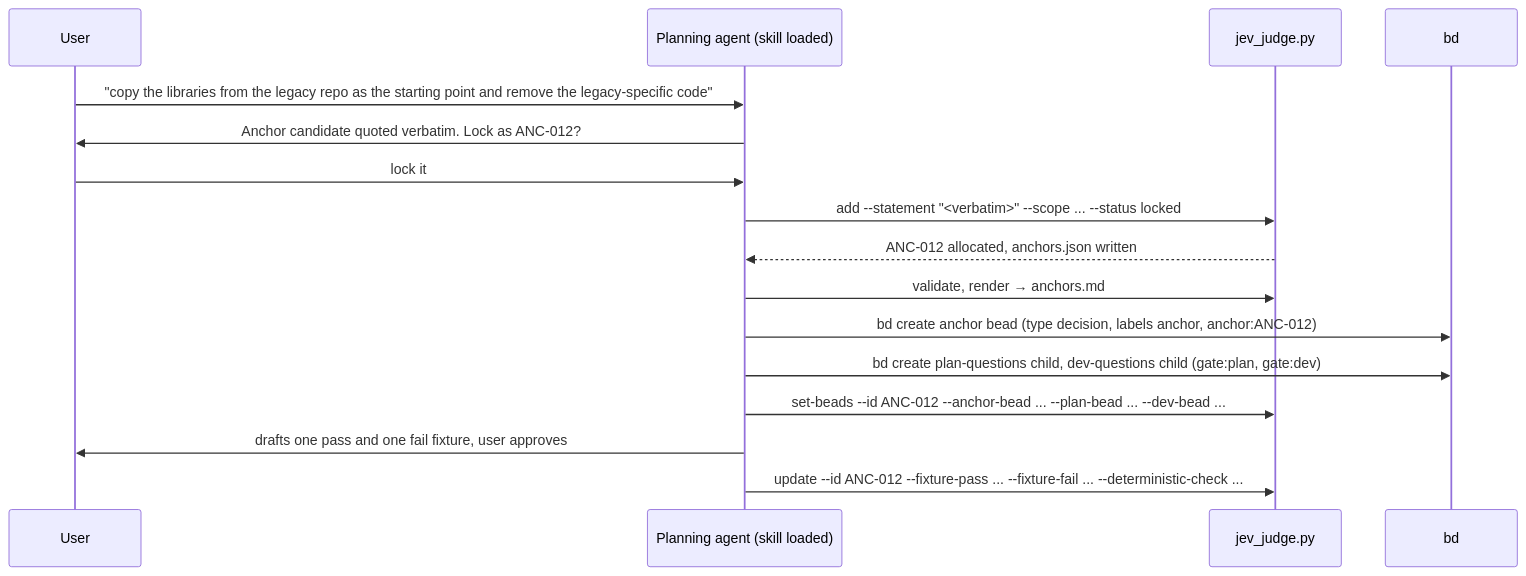
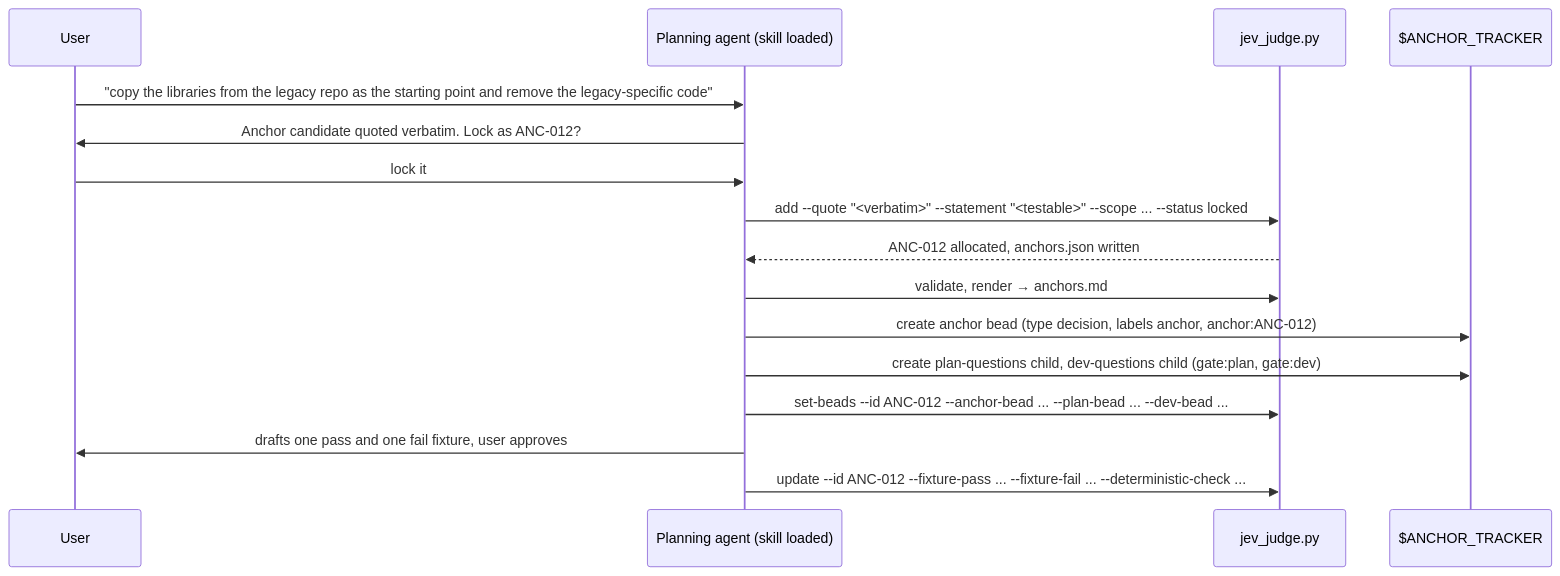
The sixth of 6 diagrams in docs/design/data-model-and-gating.md (randlee/plan-anchor), drawn with Mermaid before and after one commit. The commit also changed other lines of this file and 4 other files, not shown here.

````diff
--- a/docs/design/data-model-and-gating.md
+++ b/docs/design/data-model-and-gating.md
@@ -214,19 +219,19 @@
 ```mermaid
 sequenceDiagram
     participant U as User
     participant P as Planning agent (skill loaded)
     participant S as jev_judge.py
-    participant B as bd
+    participant B as $ANCHOR_TRACKER
 
     U->>P: "copy the libraries from the legacy repo as the starting point and remove the legacy-specific code"
     P->>U: Anchor candidate quoted verbatim. Lock as ANC-012?
     U->>P: lock it
-    P->>S: add --statement "<verbatim>" --scope ... --status locked
+    P->>S: add --quote "<verbatim>" --statement "<testable>" --scope ... --status locked
     S-->>P: ANC-012 allocated, anchors.json written
     P->>S: validate, render → anchors.md
-    P->>B: bd create anchor bead (type decision, labels anchor, anchor:ANC-012)
-    P->>B: bd create plan-questions child, dev-questions child (gate:plan, gate:dev)
+    P->>B: create anchor bead (type decision, labels anchor, anchor:ANC-012)
+    P->>B: create plan-questions child, dev-questions child (gate:plan, gate:dev)
     P->>S: set-beads --id ANC-012 --anchor-bead ... --plan-bead ... --dev-bead ...
     P->>U: drafts one pass and one fail fixture, user approves
     P->>S: update --id ANC-012 --fixture-pass ... --fixture-fail ... --deterministic-check ...
 ```
````
